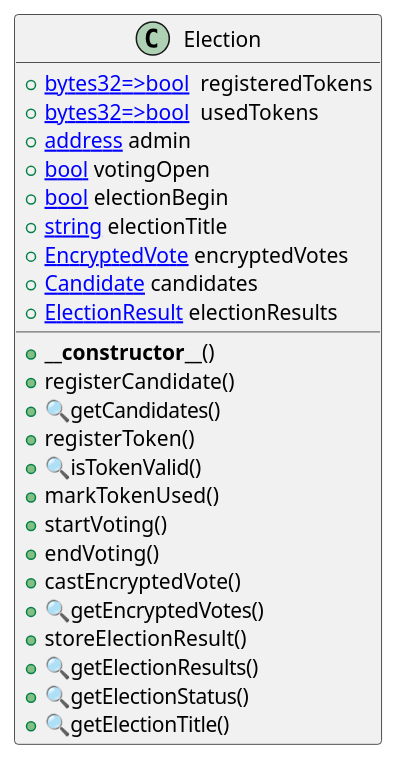
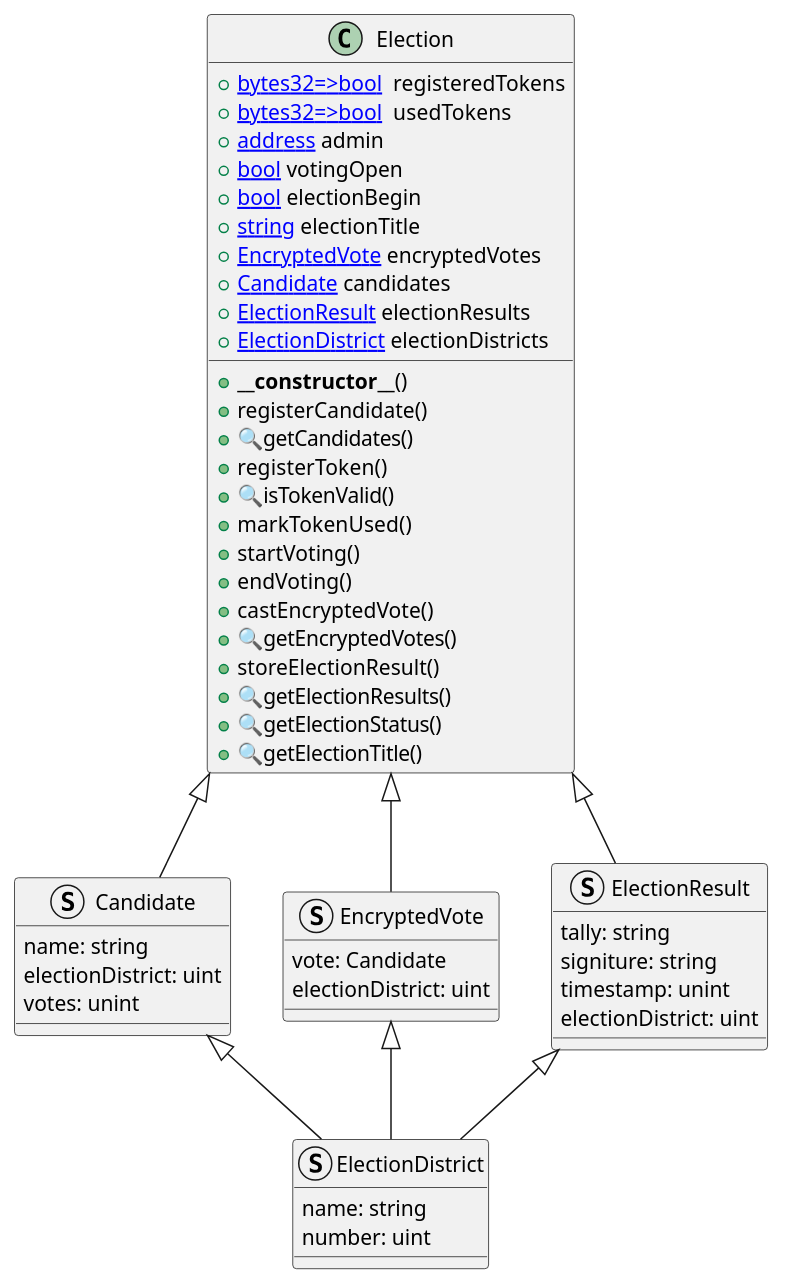
The diagram in UMLsrc/Election.wsd (luzi41/BlockchainVotingSystem), drawn with PlantUML before and after one commit. The commit also changed 2 other files, not shown here.

```diff
--- a/UMLsrc/Election.wsd
+++ b/UMLsrc/Election.wsd
@@ -1,47 +1,62 @@
 @startuml Election
-' -- generated by: https://marketplace.visualstudio.com/items?itemName=tintinweb.solidity-visual-auditor
-'
-' -- for auto-render install: https://marketplace.visualstudio.com/items?itemName=jebbs.plantuml
-' -- options --
-
-
-
-' -- classes --
-
-
 class Election {
-    ' -- inheritance --
-
-    ' -- usingFor --
-
     ' -- vars --
 	+[[mapping bytes32=>bool ]] registeredTokens
 	+[[mapping bytes32=>bool ]] usedTokens
 	+[[address]] admin
 	+[[bool]] votingOpen
 	+[[bool]] electionBegin
 	+[[string]] electionTitle
 	+[[EncryptedVote]] encryptedVotes
 	+[[Candidate]] candidates
 	+[[ElectionResult]] electionResults
-
+        +[[ElectionDistrict]] electionDistricts
     ' -- methods --
 	+**__constructor__**()
 	+registerCandidate()
 	+🔍getCandidates()
 	+registerToken()
 	+🔍isTokenValid()
 	+markTokenUsed()
 	+startVoting()
 	+endVoting()
 	+castEncryptedVote()
 	+🔍getEncryptedVotes()
 	+storeElectionResult()
 	+🔍getElectionResults()
 	+🔍getElectionStatus()
 	+🔍getElectionTitle()
+}
 
+
+
+struct Candidate {
+  name: string
+  electionDistrict: uint
+  votes: unint
 }
-' -- inheritance / usingFor --
 
+struct ElectionDistrict {
+  name: string
+  number: uint
+}
+
+struct EncryptedVote {
+  vote: Candidate
+  electionDistrict: uint
+}
+
+struct ElectionResult {
+  tally: string
+  signiture: string
+  timestamp: unint
+  electionDistrict: uint
+}
+
+Election <|-- Candidate
+Election <|-- ElectionResult
+Election <|-- EncryptedVote
+Candidate <|-- ElectionDistrict
+ElectionResult <|-- ElectionDistrict
+EncryptedVote <|-- ElectionDistrict
 @enduml
```
